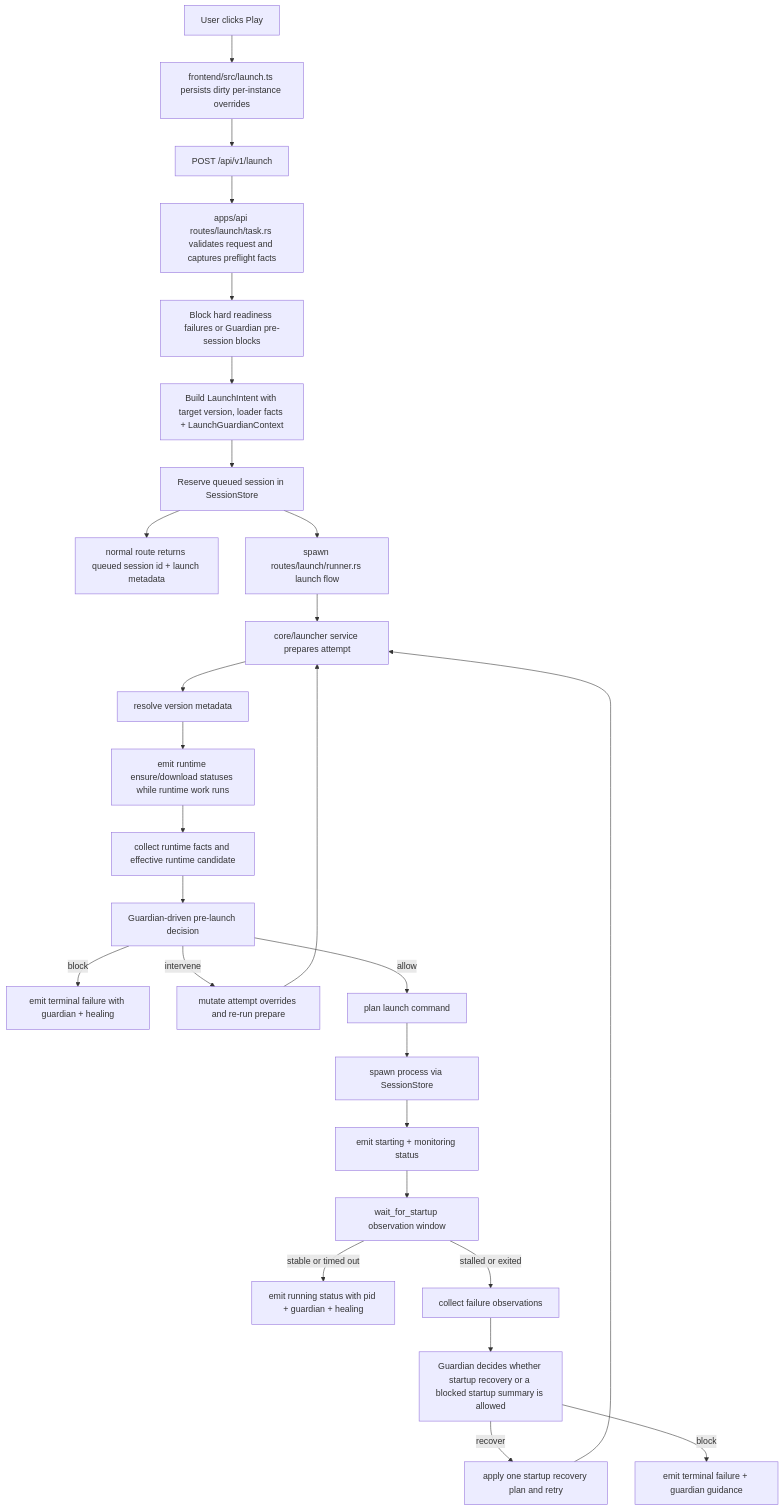
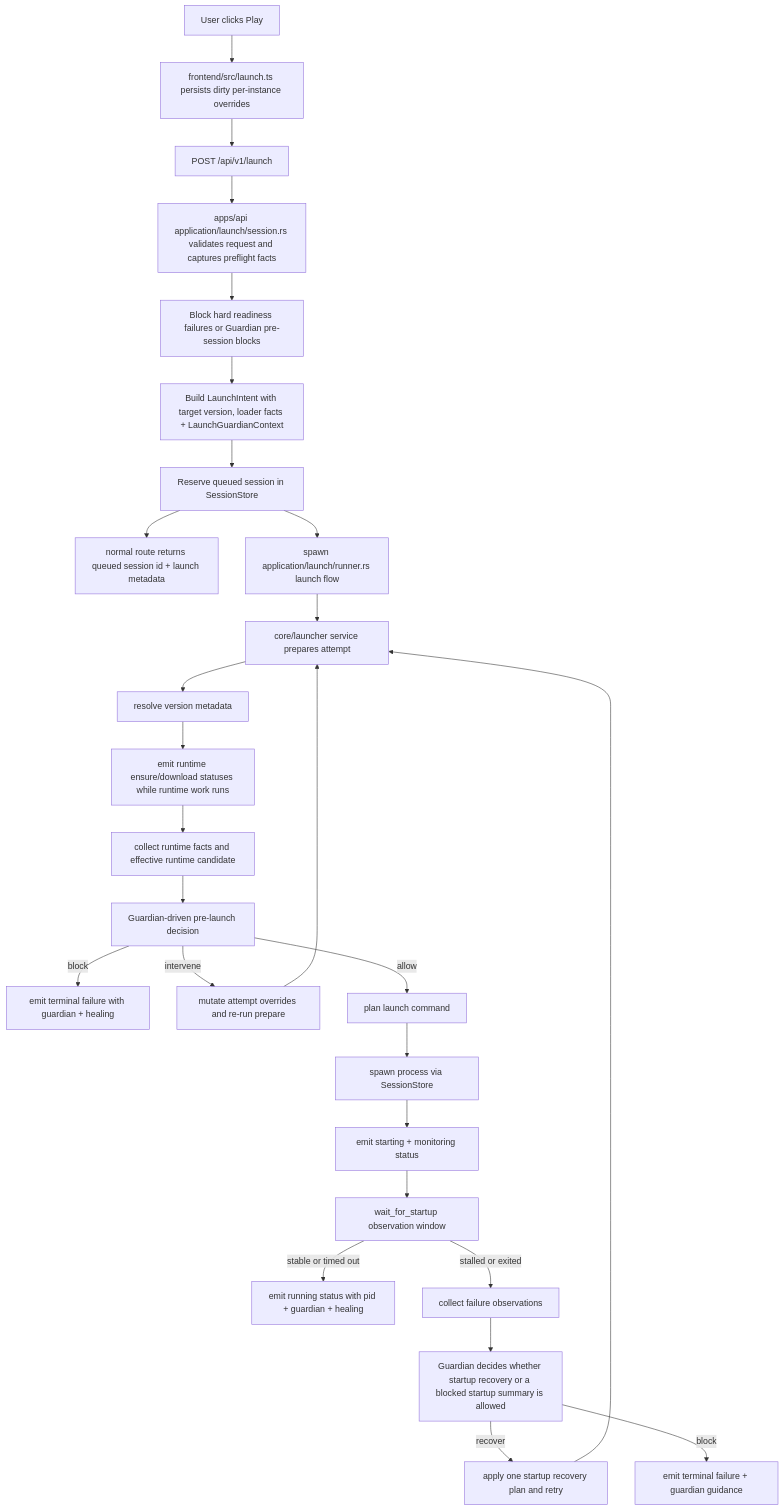
One commit to mateoltd/croopor changed the second of 9 diagrams in docs/ARCHITECTURE.md. Above: the diagram before and after it, drawn with Mermaid. The commit also changed other lines of this file and 47 other files, not shown here.

Commit message:
checkpoint: application layer extraction and guardian preflight

````diff
--- a/docs/ARCHITECTURE.md
+++ b/docs/ARCHITECTURE.md
@@ -102,29 +108,29 @@
 ```mermaid
 flowchart TD
     A[User clicks Play] --> B[frontend/src/launch.ts persists dirty per-instance overrides]
     B --> C[POST /api/v1/launch]
-    C --> D[apps/api routes/launch/task.rs validates request and captures preflight facts]
+    C --> D[apps/api application/launch/session.rs validates request and captures preflight facts]
     D --> E[Block hard readiness failures or Guardian pre-session blocks]
     E --> F[Build LaunchIntent with target version, loader facts + LaunchGuardianContext]
     F --> G[Reserve queued session in SessionStore]
     G --> H[normal route returns queued session id + launch metadata]
-    G --> I[spawn routes/launch/runner.rs launch flow]
+    G --> I[spawn application/launch/runner.rs launch flow]
     I --> J[core/launcher service prepares attempt]
     J --> K[resolve version metadata]
     K --> L[emit runtime ensure/download statuses while runtime work runs]
     L --> M[collect runtime facts and effective runtime candidate]
     M --> N[Guardian-driven pre-launch decision]
     N -->|block| O[emit terminal failure with guardian + healing]
     N -->|intervene| P[mutate attempt overrides and re-run prepare]
     N -->|allow| Q[plan launch command]
     P --> J
     Q --> R[spawn process via SessionStore]
     R --> S[emit starting + monitoring status]
     S --> T[wait_for_startup observation window]
     T -->|stable or timed out| U[emit running status with pid + guardian + healing]
     T -->|stalled or exited| V[collect failure observations]
     V --> W[Guardian decides whether startup recovery or a blocked startup summary is allowed]
     W -->|recover| X[apply one startup recovery plan and retry]
     W -->|block| Y[emit terminal failure + guardian guidance]
     X --> J
 ```
````
